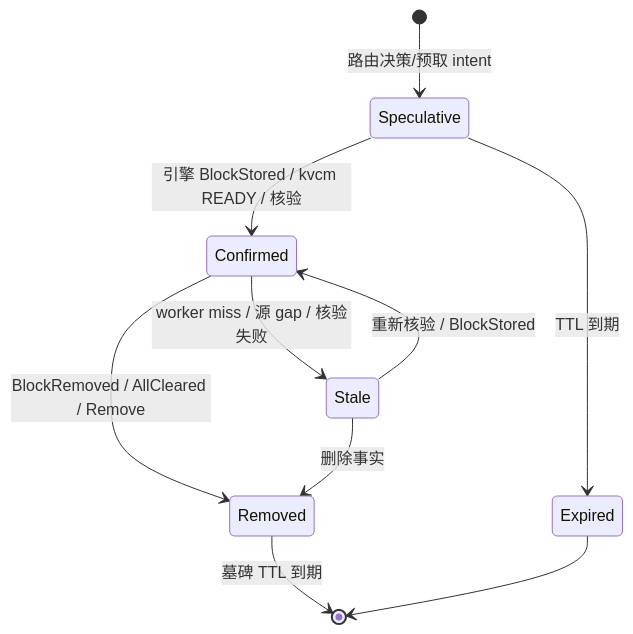
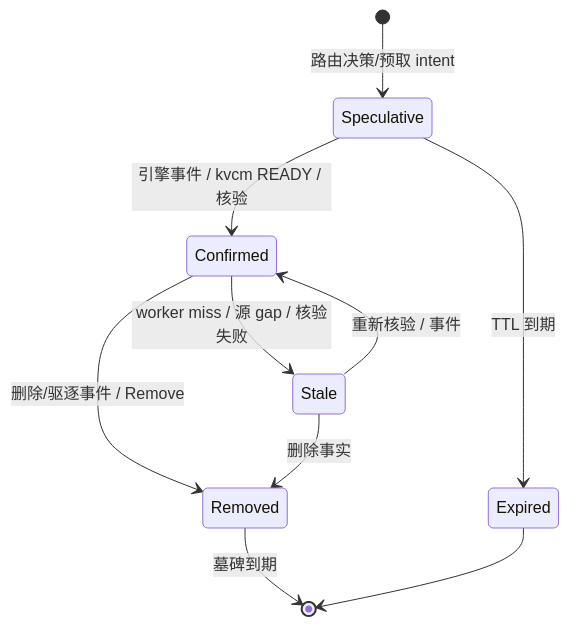
One commit to 5x8-40/lake changed the fourth of 14 diagrams in kvcm/design/D8-joint-scheduling.md. Above: the diagram before and after it, drawn with Mermaid. The commit also changed other lines of this file and 5 other files, not shown here.

````diff
--- a/kvcm/design/D8-joint-scheduling.md
+++ b/kvcm/design/D8-joint-scheduling.md
@@ -276,12 +199,12 @@
 ```mermaid
 stateDiagram-v2
     [*] --> Speculative: 路由决策/预取 intent
-    Speculative --> Confirmed: 引擎 BlockStored / kvcm READY / 核验
+    Speculative --> Confirmed: 引擎事件 / kvcm READY / 核验
     Speculative --> Expired: TTL 到期
     Confirmed --> Stale: worker miss / 源 gap / 核验失败
-    Stale --> Confirmed: 重新核验 / BlockStored
-    Confirmed --> Removed: BlockRemoved / AllCleared / Remove
+    Stale --> Confirmed: 重新核验 / 事件
+    Confirmed --> Removed: 删除/驱逐事件 / Remove
     Stale --> Removed: 删除事实
-    Removed --> [*]: 墓碑 TTL 到期
+    Removed --> [*]: 墓碑到期
     Expired --> [*]
 ```
````
